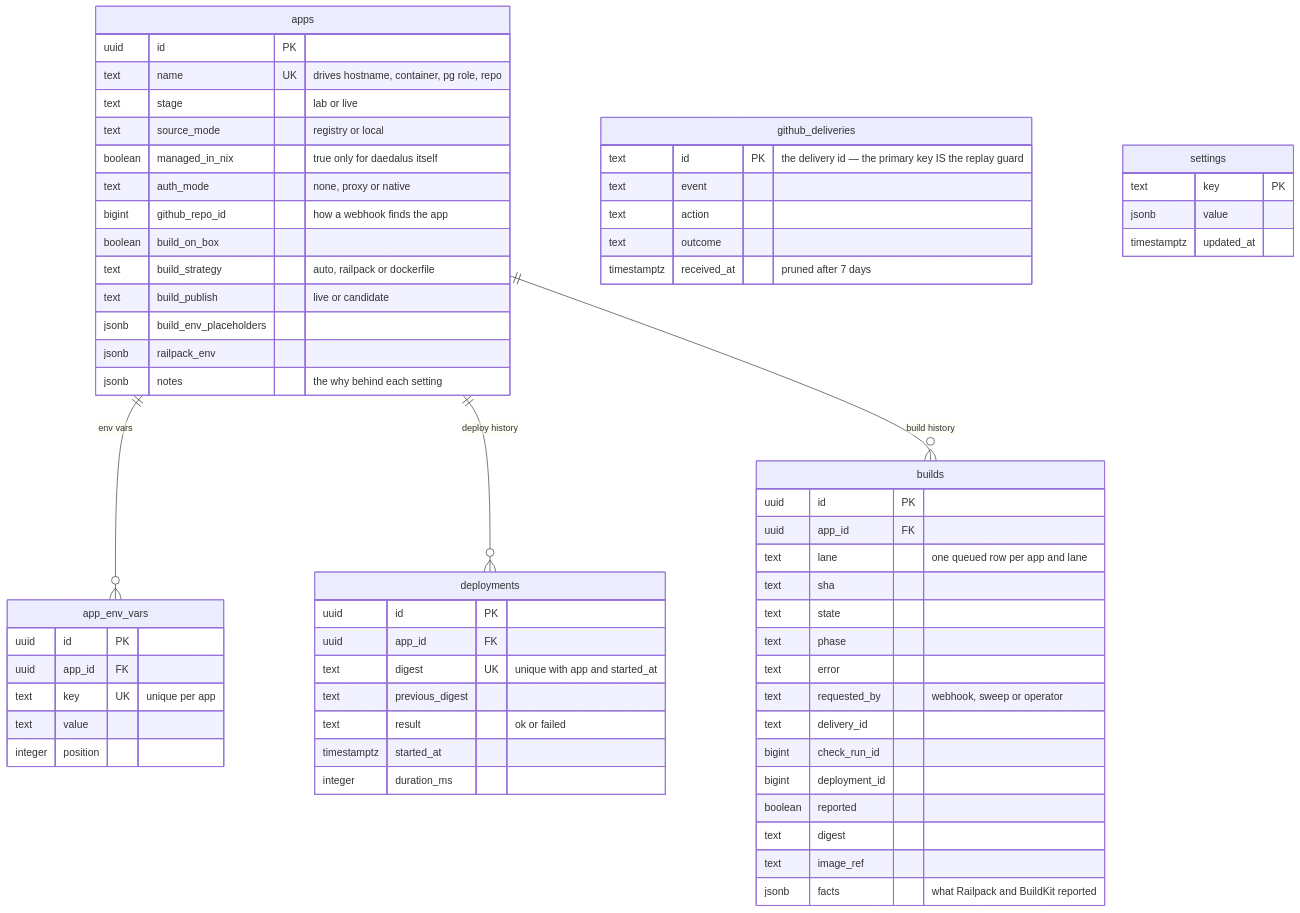
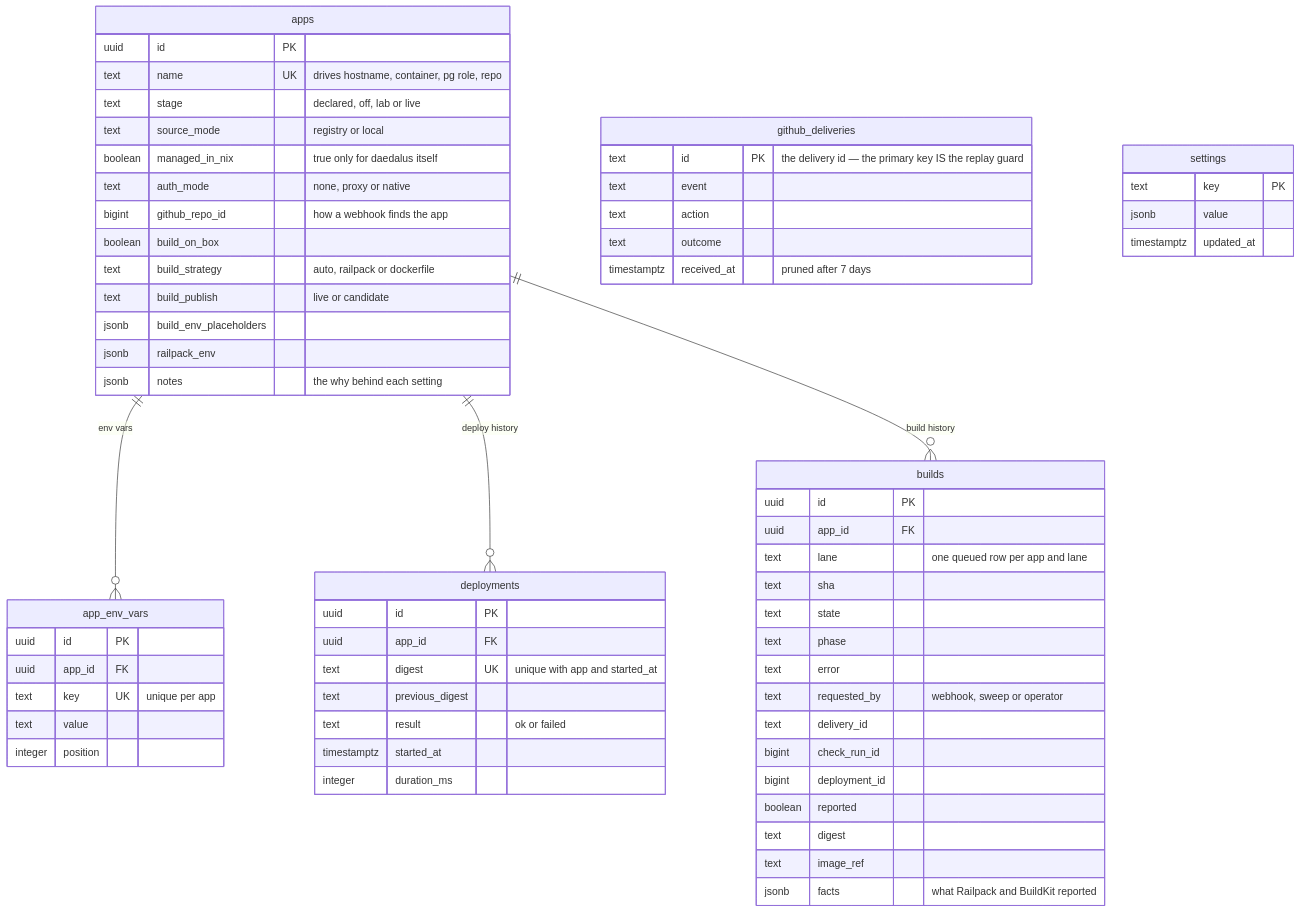
The fifth of 5 diagrams in ARCHITECTURE.md (santiagotoscanini/daedalus), drawn with Mermaid before and after one commit. The commit also changed other lines of this file and 20 other files, not shown here.

````diff
--- a/ARCHITECTURE.md
+++ b/ARCHITECTURE.md
@@ -313,72 +313,72 @@
 ```mermaid
 erDiagram
   apps ||--o{ app_env_vars : "env vars"
   apps ||--o{ deployments : "deploy history"
   apps ||--o{ builds : "build history"
 
   apps {
     uuid id PK
     text name UK "drives hostname, container, pg role, repo"
-    text stage "lab or live"
+    text stage "declared, off, lab or live"
     text source_mode "registry or local"
     boolean managed_in_nix "true only for daedalus itself"
     text auth_mode "none, proxy or native"
     bigint github_repo_id "how a webhook finds the app"
     boolean build_on_box
     text build_strategy "auto, railpack or dockerfile"
     text build_publish "live or candidate"
     jsonb build_env_placeholders
     jsonb railpack_env
     jsonb notes "the why behind each setting"
   }
 
   app_env_vars {
     uuid id PK
     uuid app_id FK
     text key UK "unique per app"
     text value
     integer position
   }
 
   deployments {
     uuid id PK
     uuid app_id FK
     text digest UK "unique with app and started_at"
     text previous_digest
     text result "ok or failed"
     timestamptz started_at
     integer duration_ms
   }
 
   builds {
     uuid id PK
     uuid app_id FK
     text lane "one queued row per app and lane"
     text sha
     text state
     text phase
     text error
     text requested_by "webhook, sweep or operator"
     text delivery_id
     bigint check_run_id
     bigint deployment_id
     boolean reported
     text digest
     text image_ref
     jsonb facts "what Railpack and BuildKit reported"
   }
 
   github_deliveries {
     text id PK "the delivery id — the primary key IS the replay guard"
     text event
     text action
     text outcome
     timestamptz received_at "pruned after 7 days"
   }
 
   settings {
     text key PK
     jsonb value
     timestamptz updated_at
   }
 ```
````
